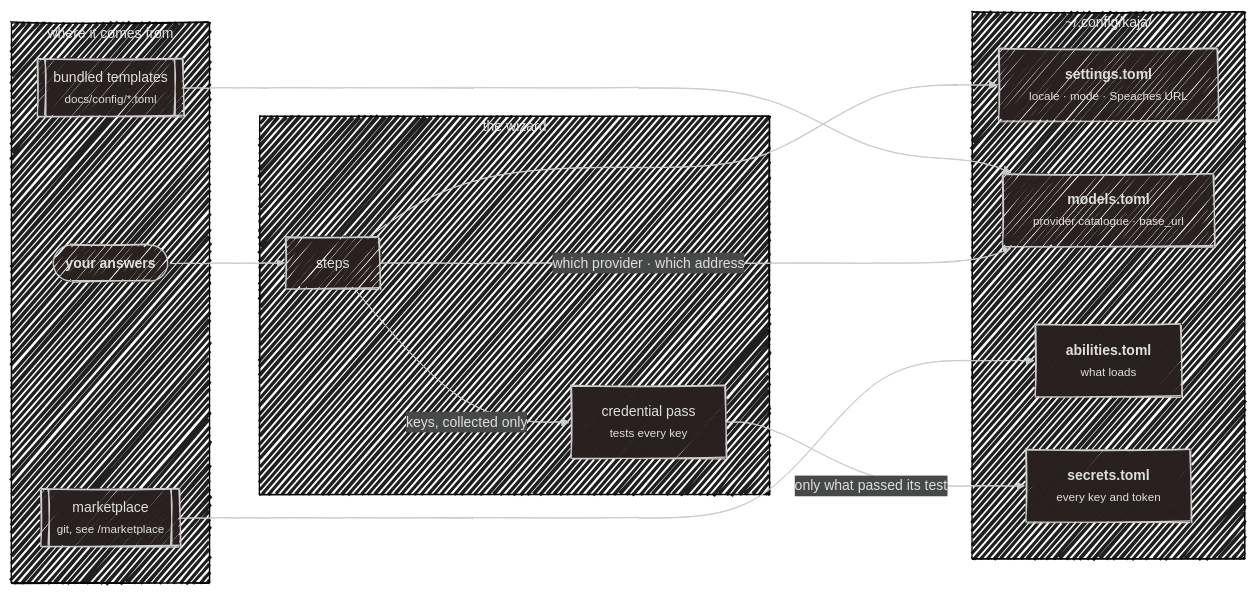
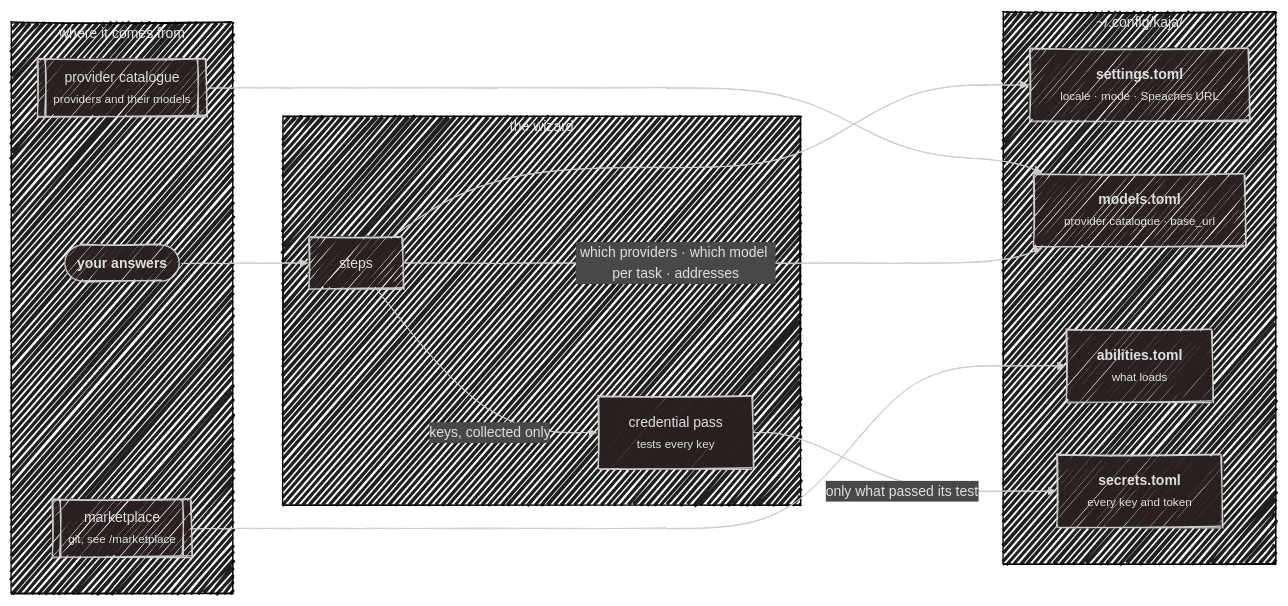
One commit to SubZtep/kaja changed the second of 4 diagrams in docs/configuration/wizard.md. Above: the diagram before and after it, drawn with Mermaid. The commit also changed other lines of this file and 66 other files, not shown here.

````diff
--- a/docs/configuration/wizard.md
+++ b/docs/configuration/wizard.md
@@ -59,33 +69,33 @@
 ```mermaid
 ---
 config:
   look: handDrawn
   theme: neo-dark
 ---
 flowchart LR
     subgraph SRC["where it comes from"]
-        TPL[["bundled templates<br><small>docs/config/*.toml</small>"]]
+        TPL[["provider catalogue<br><small>providers and their models</small>"]]
         MKT[["marketplace<br><small>git, see /marketplace</small>"]]
         YOU(["<b>your answers</b>"])
     end
 
     subgraph WIZ["the wizard"]
         ASK["steps"]
         PASS["credential pass<br><small>tests every key</small>"]
     end
 
     subgraph OUT["~/.config/kaja/"]
         SET["<b>settings.toml</b><br><small>locale · mode · Speaches URL</small>"]
         MOD["<b>models.toml</b><br><small>provider catalogue · base_url</small>"]
         ABL["<b>abilities.toml</b><br><small>what loads</small>"]
         SEC["<b>secrets.toml</b><br><small>every key and token</small>"]
     end
 
     YOU --> ASK
     ASK --> SET
     TPL --> MOD
-    ASK -->|"which provider · which address"| MOD
+    ASK -->|"which providers · which model per task · addresses"| MOD
     MKT --> ABL
     ASK -->|"keys, collected only"| PASS
     PASS -->|"only what passed its test"| SEC
 ```
````
